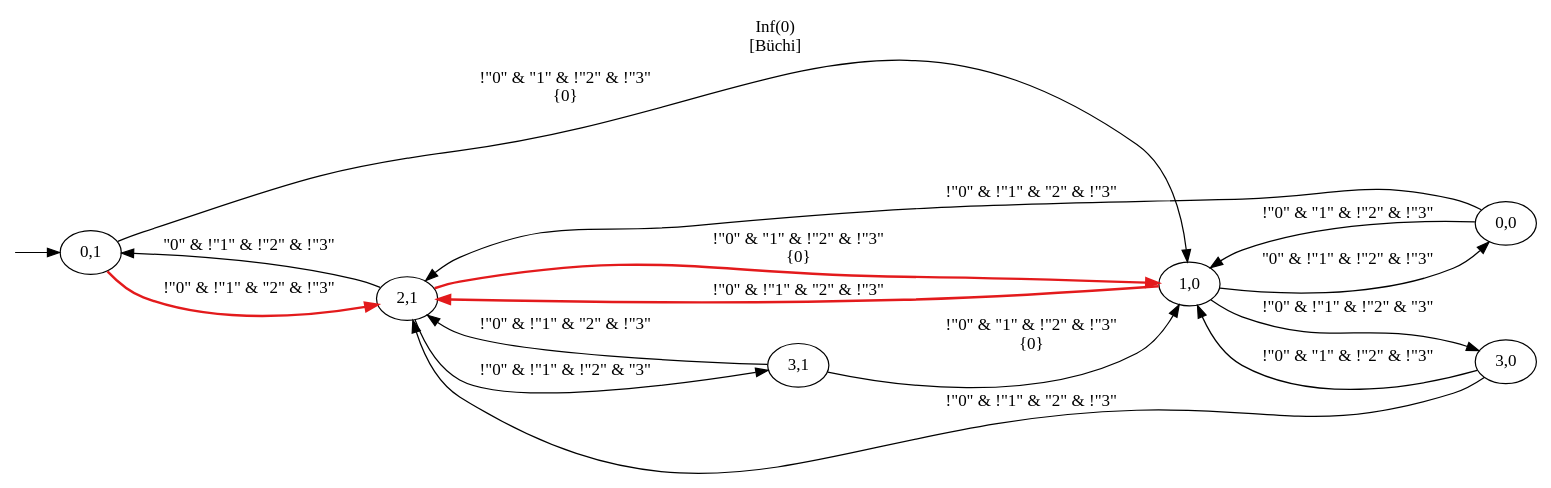
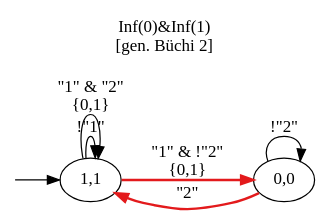
One commit to jrourke48/HMRTA_TS_GENERATION changed the diagram in output/product_automaton.dot. Above: the diagram before and after it, drawn with Graphviz. The commit also changed 9 other files, not shown here.

```diff
--- a/output/product_automaton.dot
+++ b/output/product_automaton.dot
@@ -1,28 +1,15 @@
 digraph "" {
   rankdir=LR
-  label="Inf(0)\n[Büchi]"
+  label="Inf(0)&Inf(1)\n[gen. Büchi 2]"
   labelloc="t"
   node [shape="ellipse",width="0.5",height="0.5"]
   I [label="", style=invis, width=0]
   I -> 0
-  0 [label="0,1"]
-  0 -> 1 [label="!\"0\" & !\"1\" & \"2\" & !\"3\"", style=bold, color="#E31A1C"]
-  0 -> 2 [label="!\"0\" & \"1\" & !\"2\" & !\"3\"\n{0}"]
-  1 [label="2,1"]
-  1 -> 0 [label="\"0\" & !\"1\" & !\"2\" & !\"3\""]
-  1 -> 2 [label="!\"0\" & \"1\" & !\"2\" & !\"3\"\n{0}", style=bold, color="#E31A1C"]
-  1 -> 3 [label="!\"0\" & !\"1\" & !\"2\" & \"3\""]
-  2 [label="1,0"]
-  2 -> 4 [label="!\"0\" & !\"1\" & !\"2\" & \"3\""]
-  2 -> 5 [label="\"0\" & !\"1\" & !\"2\" & !\"3\""]
-  2 -> 1 [label="!\"0\" & !\"1\" & \"2\" & !\"3\"", style=bold, color="#E31A1C"]
-  3 [label="3,1"]
-  3 -> 2 [label="!\"0\" & \"1\" & !\"2\" & !\"3\"\n{0}"]
-  3 -> 1 [label="!\"0\" & !\"1\" & \"2\" & !\"3\""]
-  4 [label="3,0"]
-  4 -> 2 [label="!\"0\" & \"1\" & !\"2\" & !\"3\""]
-  4 -> 1 [label="!\"0\" & !\"1\" & \"2\" & !\"3\""]
-  5 [label="0,0"]
-  5 -> 1 [label="!\"0\" & !\"1\" & \"2\" & !\"3\""]
-  5 -> 2 [label="!\"0\" & \"1\" & !\"2\" & !\"3\""]
+  0 [label="1,1"]
+  0 -> 1 [label="\"1\" & !\"2\"\n{0,1}", style=bold, color="#E31A1C"]
+  0 -> 0 [label="!\"1\""]
+  0 -> 0 [label="\"1\" & \"2\"\n{0,1}"]
+  1 [label="0,0"]
+  1 -> 1 [label="!\"2\""]
+  1 -> 0 [label="\"2\"", style=bold, color="#E31A1C"]
 }
```
